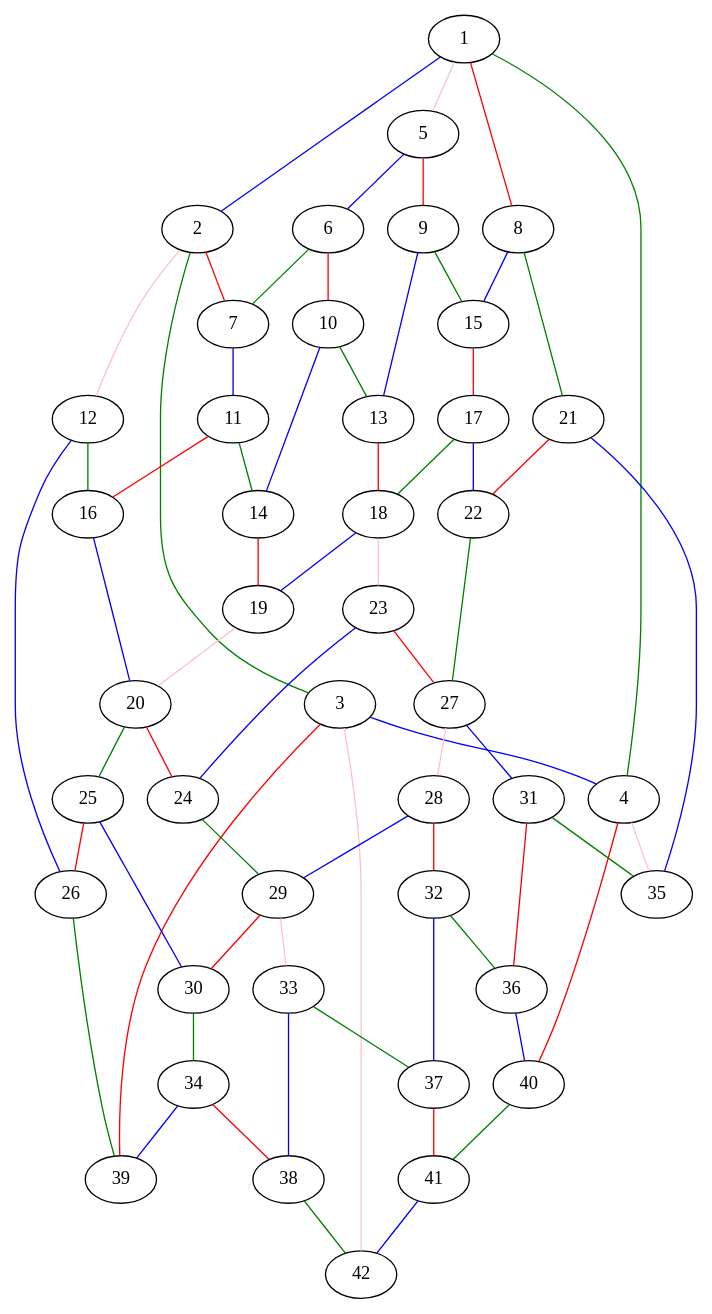
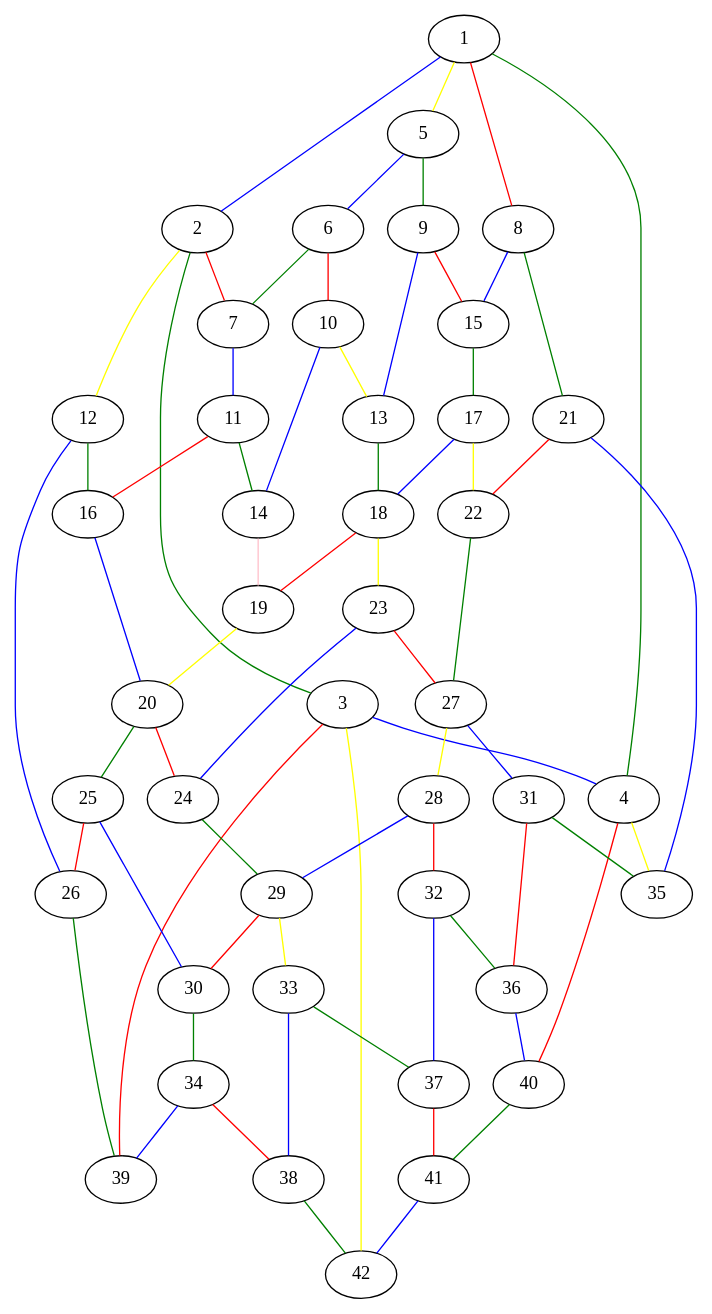
The diagram in solution.gv (andj97/Minimalno_bojenje_grana_grafa), drawn with Graphviz before and after one commit. The commit also changed 4 other files, not shown here.

```diff
--- a/solution.gv
+++ b/solution.gv
@@ -1,69 +1,69 @@
 graph G {
 	1 -- 2 [color=blue]
 	2 -- 3 [color=green]
 	3 -- 4 [color=blue]
 	1 -- 4 [color=green]
 	1 -- 8 [color=red]
-	1 -- 5 [color=pink]
+	1 -- 5 [color=yellow]
 	2 -- 7 [color=red]
-	2 -- 12 [color=pink]
+	2 -- 12 [color=yellow]
 	3 -- 39 [color=red]
-	3 -- 42 [color=pink]
+	3 -- 42 [color=yellow]
 	4 -- 40 [color=red]
-	4 -- 35 [color=pink]
+	4 -- 35 [color=yellow]
+	16 -- 20 [color=blue]
+	20 -- 25 [color=green]
+	27 -- 31 [color=blue]
+	22 -- 27 [color=green]
+	17 -- 18 [color=blue]
+	13 -- 18 [color=green]
+	18 -- 19 [color=red]
+	19 -- 20 [color=yellow]
+	18 -- 23 [color=yellow]
+	20 -- 24 [color=red]
+	23 -- 27 [color=red]
+	27 -- 28 [color=yellow]
+	28 -- 29 [color=blue]
+	24 -- 29 [color=green]
+	29 -- 30 [color=red]
+	29 -- 33 [color=yellow]
 	5 -- 6 [color=blue]
 	6 -- 7 [color=green]
 	12 -- 26 [color=blue]
 	26 -- 39 [color=green]
 	41 -- 42 [color=blue]
 	40 -- 41 [color=green]
 	21 -- 35 [color=blue]
 	8 -- 21 [color=green]
 	8 -- 15 [color=blue]
-	5 -- 9 [color=red]
+	5 -- 9 [color=green]
 	7 -- 11 [color=blue]
 	12 -- 16 [color=green]
 	34 -- 39 [color=blue]
 	38 -- 42 [color=green]
 	36 -- 40 [color=blue]
 	31 -- 35 [color=green]
 	6 -- 10 [color=red]
 	25 -- 26 [color=red]
 	37 -- 41 [color=red]
 	21 -- 22 [color=red]
-	17 -- 22 [color=blue]
-	9 -- 15 [color=green]
+	17 -- 22 [color=yellow]
+	9 -- 15 [color=red]
 	9 -- 13 [color=blue]
-	10 -- 13 [color=green]
+	10 -- 13 [color=yellow]
 	10 -- 14 [color=blue]
 	11 -- 14 [color=green]
 	11 -- 16 [color=red]
-	16 -- 20 [color=blue]
-	20 -- 25 [color=green]
 	25 -- 30 [color=blue]
 	30 -- 34 [color=green]
 	34 -- 38 [color=red]
 	33 -- 38 [color=blue]
 	33 -- 37 [color=green]
 	32 -- 37 [color=blue]
 	32 -- 36 [color=green]
 	31 -- 36 [color=red]
-	27 -- 31 [color=blue]
-	22 -- 27 [color=green]
-	15 -- 17 [color=red]
-	17 -- 18 [color=green]
-	13 -- 18 [color=red]
-	14 -- 19 [color=red]
-	18 -- 19 [color=blue]
-	19 -- 20 [color=pink]
-	18 -- 23 [color=pink]
-	20 -- 24 [color=red]
-	23 -- 27 [color=red]
+	15 -- 17 [color=green]
+	14 -- 19 [color=pink]
 	23 -- 24 [color=blue]
-	27 -- 28 [color=pink]
-	28 -- 29 [color=blue]
-	24 -- 29 [color=green]
-	29 -- 30 [color=red]
 	28 -- 32 [color=red]
-	29 -- 33 [color=pink]
 }
```
